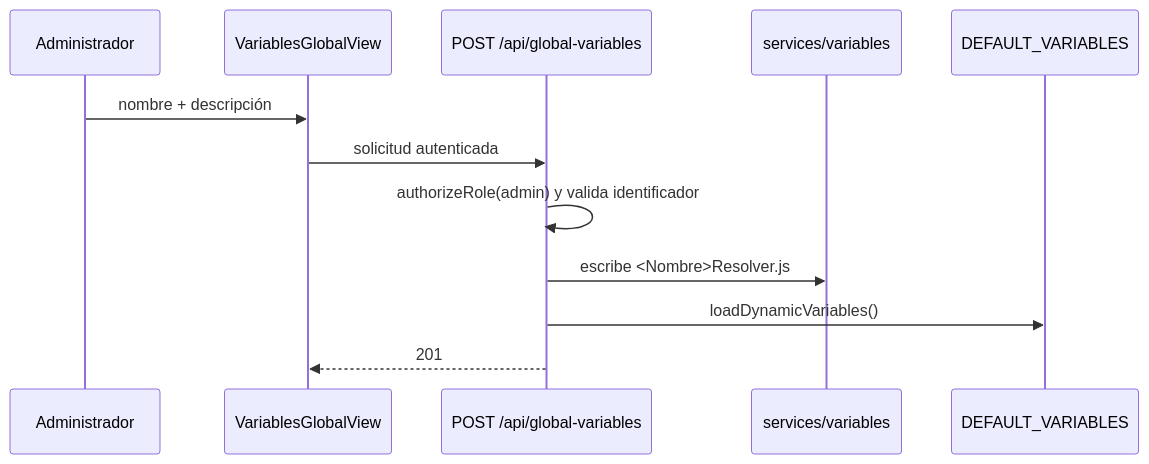
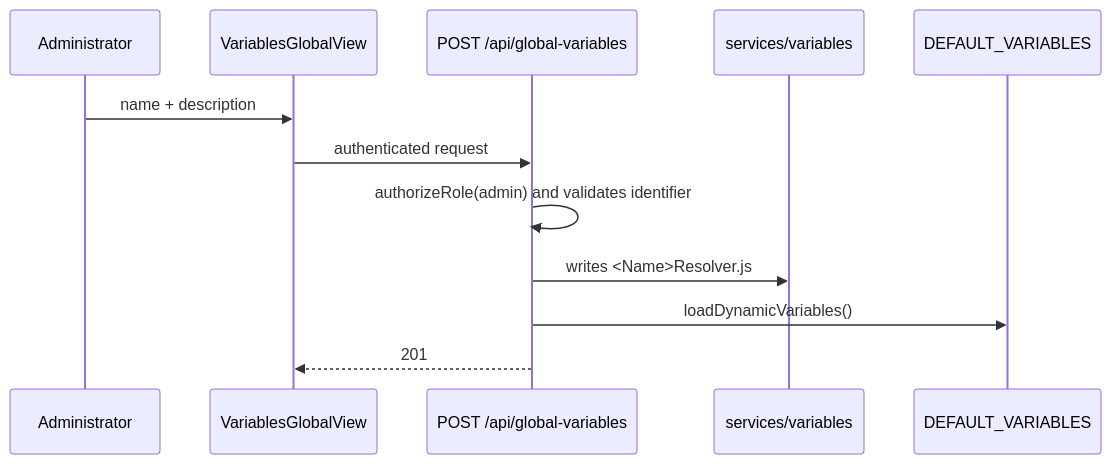
The diagram in docs/VARIABLES.md (JaimeArriagadaRosas/Plugin-Feedback-Canvas), drawn with Mermaid before and after one commit. The commit also changed other lines of this file and 291 other files, not shown here.

````diff
--- a/docs/VARIABLES.md
+++ b/docs/VARIABLES.md
@@ -37,15 +37,15 @@
 ```mermaid
 sequenceDiagram
-    participant A as Administrador
+    participant A as Administrator
     participant UI as VariablesGlobalView
     participant API as POST /api/global-variables
     participant FS as services/variables
     participant R as DEFAULT_VARIABLES
 
-    A->>UI: nombre + descripción
-    UI->>API: solicitud autenticada
-    API->>API: authorizeRole(admin) y valida identificador
-    API->>FS: escribe <Nombre>Resolver.js
+    A->>UI: name + description
+    UI->>API: authenticated request
+    API->>API: authorizeRole(admin) and validates identifier
+    API->>FS: writes <Name>Resolver.js
     API->>R: loadDynamicVariables()
     API-->>UI: 201
 ```
````
